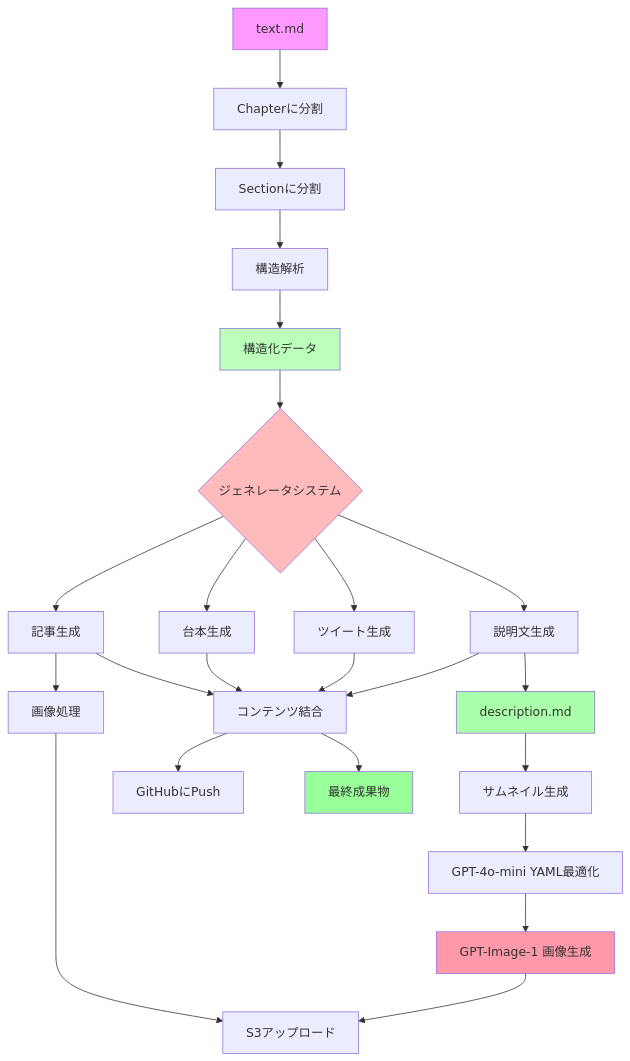
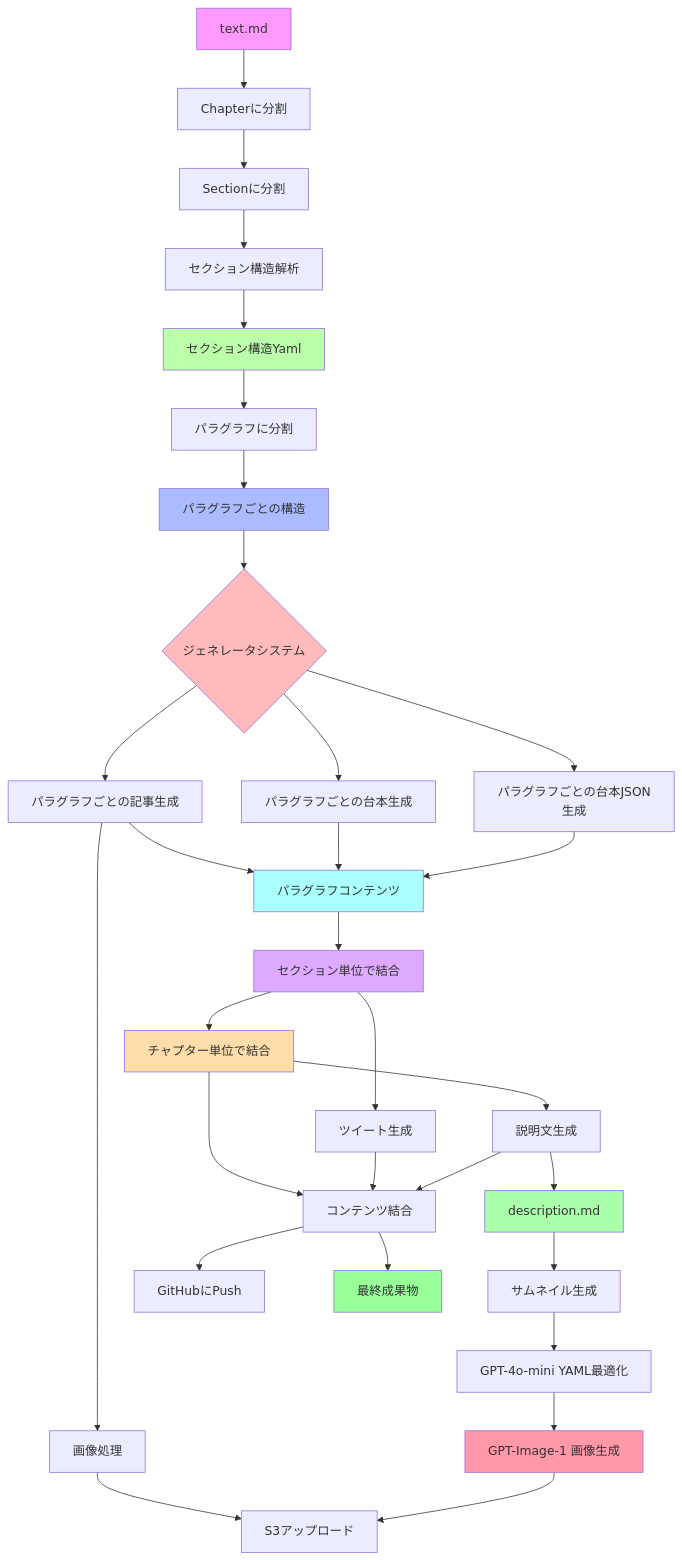
The second of 3 diagrams in docs/architecture-design.md (develogon/resource_generate_workflow), drawn with Mermaid before and after one commit. The commit also changed other lines of this file and 8 other files, not shown here.

````diff
--- a/docs/architecture-design.md
+++ b/docs/architecture-design.md
@@ -93,34 +94,44 @@
 ```mermaid
 flowchart TD
     InputMD[text.md] --> ChapterSplit[Chapterに分割]
     ChapterSplit --> SectionSplit[Sectionに分割]
-    SectionSplit --> StructureAnalysis[構造解析]
-    StructureAnalysis --> ContentProcessed[構造化データ]
+    SectionSplit --> StructureAnalysis[セクション構造解析]
+    StructureAnalysis --> SectionStructureYaml[セクション構造Yaml]
+    SectionStructureYaml --> ParagraphSplit[パラグラフに分割]
+    ParagraphSplit --> ParagraphStructures[パラグラフごとの構造]
+
+    ParagraphStructures --> GeneratorSystem{ジェネレータシステム}
     
-    ContentProcessed --> GeneratorSystem{ジェネレータシステム}
-    
-    GeneratorSystem --> ArticleGen[記事生成]
-    GeneratorSystem --> ScriptGen[台本生成]
-    GeneratorSystem --> TweetGen[ツイート生成]
-    GeneratorSystem --> DescGen[説明文生成]
-    
+    GeneratorSystem --> ArticleGen[パラグラフごとの記事生成]
     ArticleGen --> ImgProcess[画像処理]
     ImgProcess --> S3Upload[S3アップロード]
-    
+    GeneratorSystem --> ScriptGen[パラグラフごとの台本生成]
+    GeneratorSystem --> ScriptJsonGen[パラグラフごとの台本JSON生成]
+    ArticleGen & ScriptGen & ScriptJsonGen --> ParagraphContents[パラグラフコンテンツ]
+
+    ParagraphContents --> SectionMerge[セクション単位で結合]
+    SectionMerge --> TweetGen[ツイート生成]
+
+    SectionMerge --> ChapterMerge[チャプター単位で結合]
+    ChapterMerge --> DescGen[説明文生成]
     DescGen --> DescOutput[description.md]
     DescOutput --> ThumbnailGen[サムネイル生成]
     ThumbnailGen --> OptimizeTemplate[GPT-4o-mini YAML最適化]
     OptimizeTemplate --> OpenAIImgGen[GPT-Image-1 画像生成]
     OpenAIImgGen --> S3Upload
     
-    ArticleGen & ScriptGen & TweetGen & DescGen --> ContentMerge[コンテンツ結合]
+    ChapterMerge & TweetGen & DescGen --> ContentMerge[コンテンツ結合]
     ContentMerge --> GitHubPush[GitHubにPush]
     ContentMerge --> FinalOutput[最終成果物]
     
     style InputMD fill:#f9f
-    style ContentProcessed fill:#bfb
+    style SectionStructureYaml fill:#bfa
+    style ParagraphStructures fill:#abf
     style GeneratorSystem fill:#fbb
     style DescOutput fill:#afa
     style OpenAIImgGen fill:#f9a
     style FinalOutput fill:#9f9
+    style ParagraphContents fill:#aff
+    style SectionMerge fill:#daf
+    style ChapterMerge fill:#fda
 ```
````
